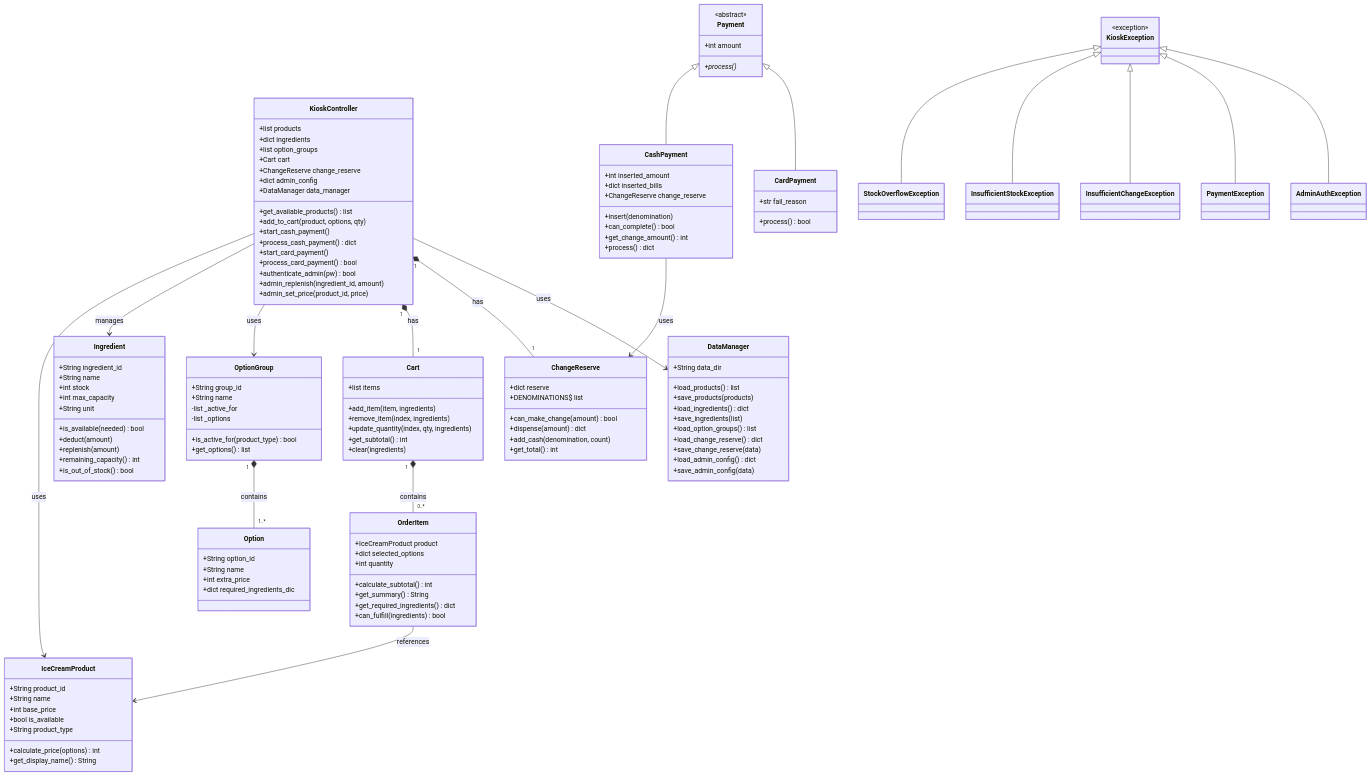
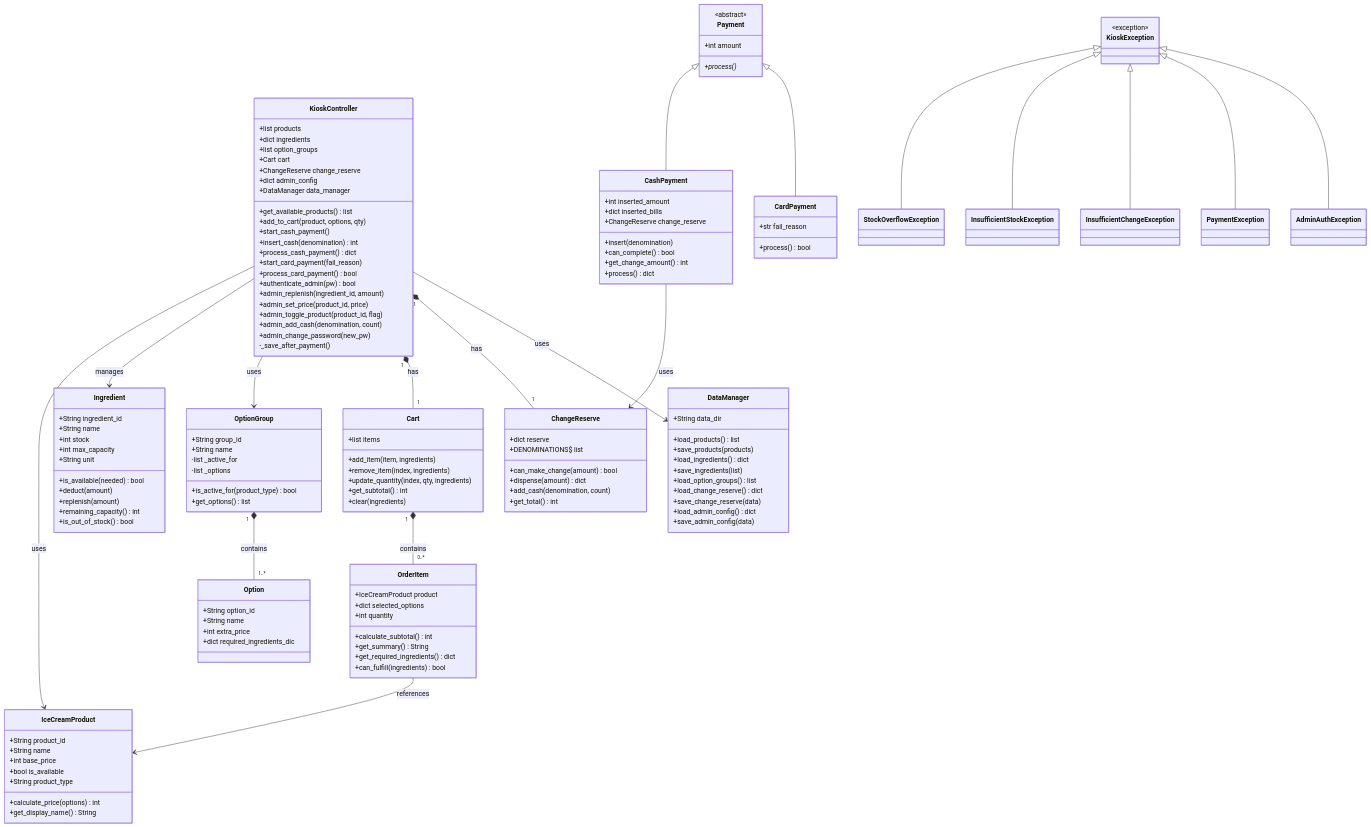
One commit to yj2trigger/pmg-ic-pbl changed the first of 3 diagrams in README.md. Above: the diagram before and after it, drawn with Mermaid.

Commit message:
docs: 클래스 다이어그램 KioskController 누락 메서드 추가
insert_cash, admin_toggle_product, admin_add_cash, admin_change_password,
_save_after_payment 추가. start_card_payment 파라미터 수정.

```diff
--- a/README.md
+++ b/README.md
@@ -73,12 +73,17 @@
         +get_available_products() list
         +add_to_cart(product, options, qty)
         +start_cash_payment()
+        +insert_cash(denomination) int
         +process_cash_payment() dict
-        +start_card_payment()
+        +start_card_payment(fail_reason)
         +process_card_payment() bool
         +authenticate_admin(pw) bool
         +admin_replenish(ingredient_id, amount)
         +admin_set_price(product_id, price)
+        +admin_toggle_product(product_id, flag)
+        +admin_add_cash(denomination, count)
+        +admin_change_password(new_pw)
+        -_save_after_payment()
     }
 
     class Payment {
```
